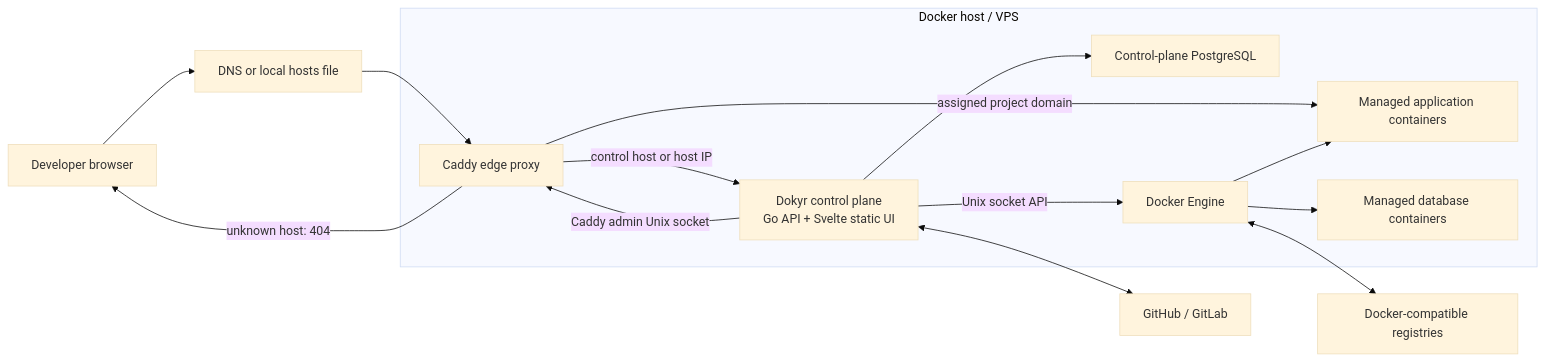
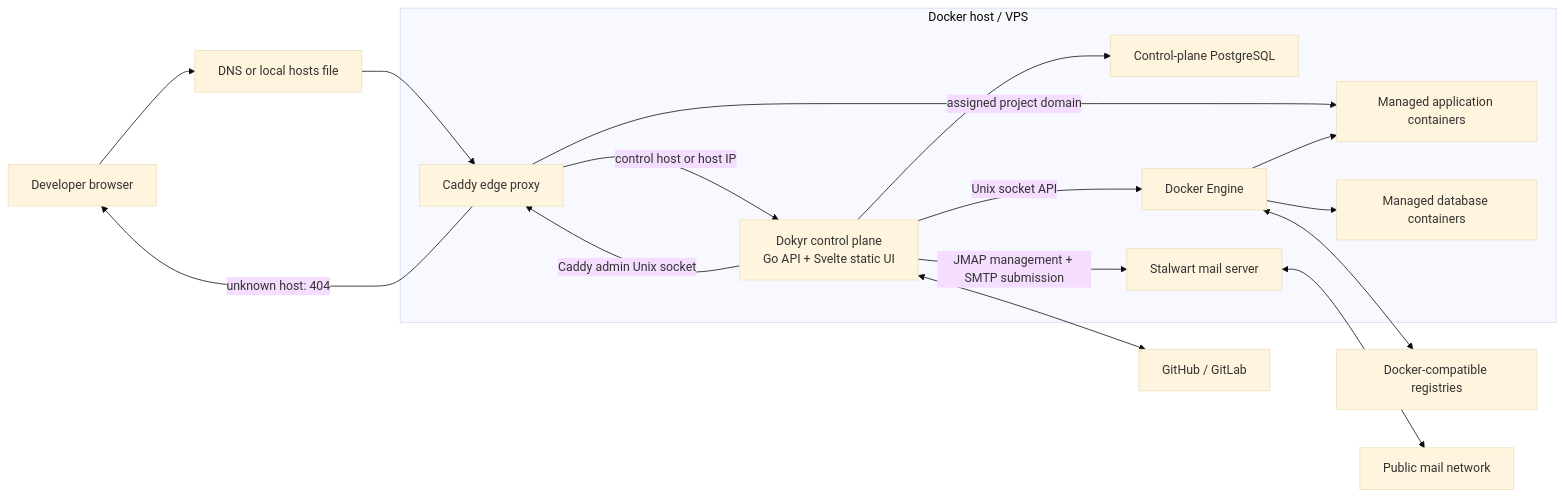
The first of 8 diagrams in docs/ARCHITECTURE.md (azayr/dokyr), drawn with Mermaid (base theme) before and after one commit. The commit also changed other lines of this file and 15 other files, not shown here.

Commit message:
stalwart mail integration

````diff
--- a/docs/ARCHITECTURE.md
+++ b/docs/ARCHITECTURE.md
@@ -36,28 +37,32 @@
 ```mermaid
 flowchart LR
     User["Developer browser"]
     DNS["DNS or local hosts file"]
     Git["GitHub / GitLab"]
     Registry["Docker-compatible registries"]
+    Internet["Public mail network"]
 
     subgraph Host["Docker host / VPS"]
         Caddy["Caddy edge proxy"]
         App["Dokyr control plane<br/>Go API + Svelte static UI"]
         PG["Control-plane PostgreSQL"]
+        Mail["Stalwart mail server"]
         Docker["Docker Engine"]
         Workloads["Managed application containers"]
         Databases["Managed database containers"]
     end
 
     User --> DNS --> Caddy
     Caddy -->|"control host or host IP"| App
     Caddy -->|"assigned project domain"| Workloads
     Caddy -->|"unknown host: 404"| User
     App --> PG
+    App -->|"JMAP management + SMTP submission"| Mail
+    Mail <--> Internet
     App -->|"Unix socket API"| Docker
     App -->|"Caddy admin Unix socket"| Caddy
     App <--> Git
     Docker <--> Registry
     Docker --> Workloads
     Docker --> Databases
 ```
````
